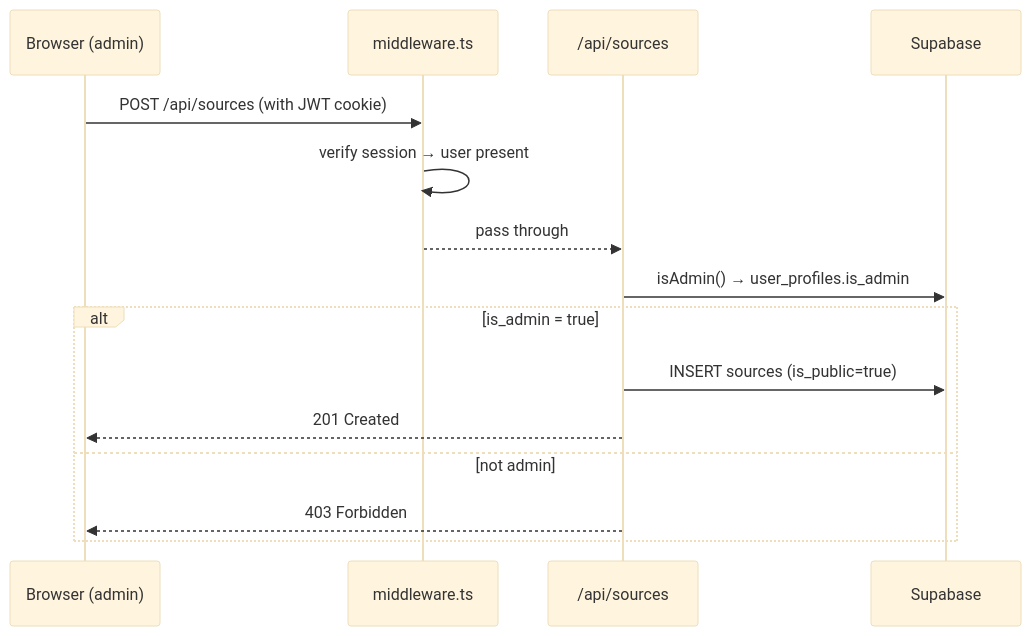
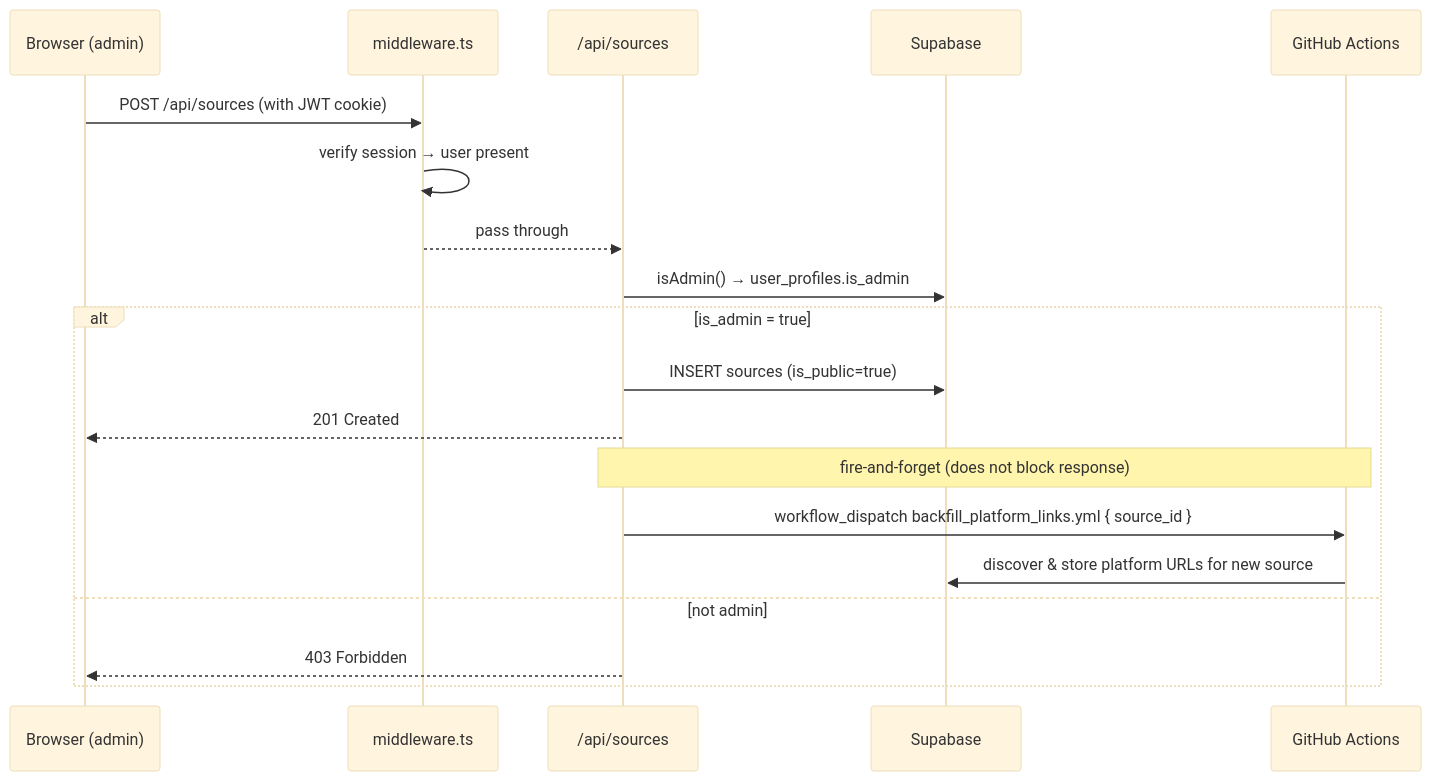
Diagram 12 of 13 in docs/request-workflow.md (vtghub/PodcastsSummarizer), drawn with Mermaid (base theme) before and after one commit. The commit also changed 1 other file, not shown here.

Commit message:
docs: update README and request-workflow post-PR #72
- README Platform Links: note auto-backfill workflow_dispatch on add
- request-workflow.md section 12: add GitHub Actions participant and
  fire-and-forget backfill_platform_links dispatch after source insert

````diff
--- a/docs/request-workflow.md
+++ b/docs/request-workflow.md
@@ -354,18 +354,22 @@
 ```mermaid
 sequenceDiagram
     participant B as Browser (admin)
     participant MW as middleware.ts
     participant API as /api/sources
     participant DB as Supabase
+    participant GH as GitHub Actions
 
     B->>MW: POST /api/sources (with JWT cookie)
     MW->>MW: verify session → user present
     MW-->>API: pass through
     API->>DB: isAdmin() → user_profiles.is_admin
     alt is_admin = true
         API->>DB: INSERT sources (is_public=true)
         API-->>B: 201 Created
+        Note over API,GH: fire-and-forget (does not block response)
+        API->>GH: workflow_dispatch backfill_platform_links.yml { source_id }
+        GH->>DB: discover & store platform URLs for new source
     else not admin
         API-->>B: 403 Forbidden
     end
 ```
````
